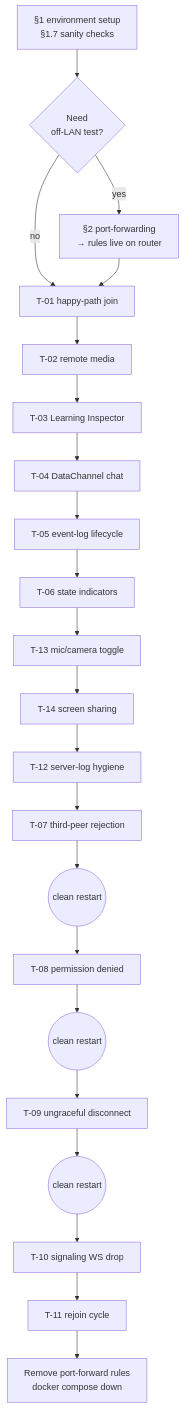
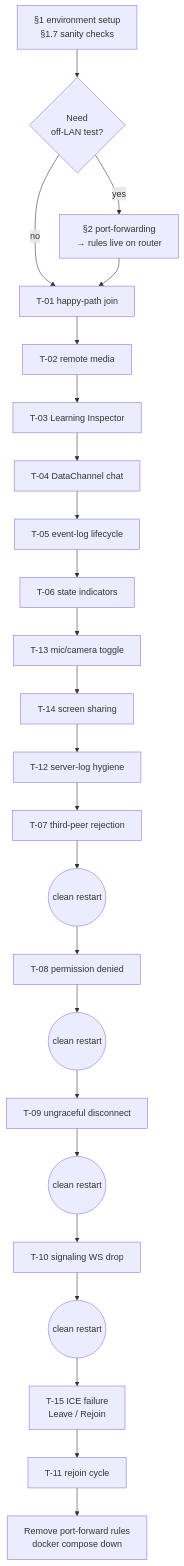
The fifth of 5 diagrams in docs/manual-tests/two-browser-test.md (Dr-KoKo/webrtc-in-action), drawn with Mermaid before and after one commit. The commit also changed other lines of this file and 2 other files, not shown here.

````diff
--- a/docs/manual-tests/two-browser-test.md
+++ b/docs/manual-tests/two-browser-test.md
@@ -639,24 +746,26 @@
 ```mermaid
 flowchart TD
     S[§1 environment setup<br/>§1.7 sanity checks] --> PF{Need<br/>off-LAN test?}
     PF -- no --> T01[T-01 happy-path join]
     PF -- yes --> PFSET[§2 port-forwarding<br/>→ rules live on router]
     PFSET --> T01
     T01 --> T02[T-02 remote media]
     T02 --> T03[T-03 Learning Inspector]
     T03 --> T04[T-04 DataChannel chat]
     T04 --> T05[T-05 event-log lifecycle]
     T05 --> T06[T-06 state indicators]
     T06 --> T13[T-13 mic/camera toggle]
     T13 --> T14[T-14 screen sharing]
     T14 --> T12[T-12 server-log hygiene]
     T12 --> T07[T-07 third-peer rejection]
     T07 --> R1((clean restart))
     R1 --> T08[T-08 permission denied]
     T08 --> R2((clean restart))
     R2 --> T09[T-09 ungraceful disconnect]
     T09 --> R3((clean restart))
     R3 --> T10[T-10 signaling WS drop]
-    T10 --> T11[T-11 rejoin cycle]
+    T10 --> R4((clean restart))
+    R4 --> T15[T-15 ICE failure<br/>Leave / Rejoin]
+    T15 --> T11[T-11 rejoin cycle]
     T11 --> DONE[Remove port-forward rules<br/>docker compose down]
 ```
````
